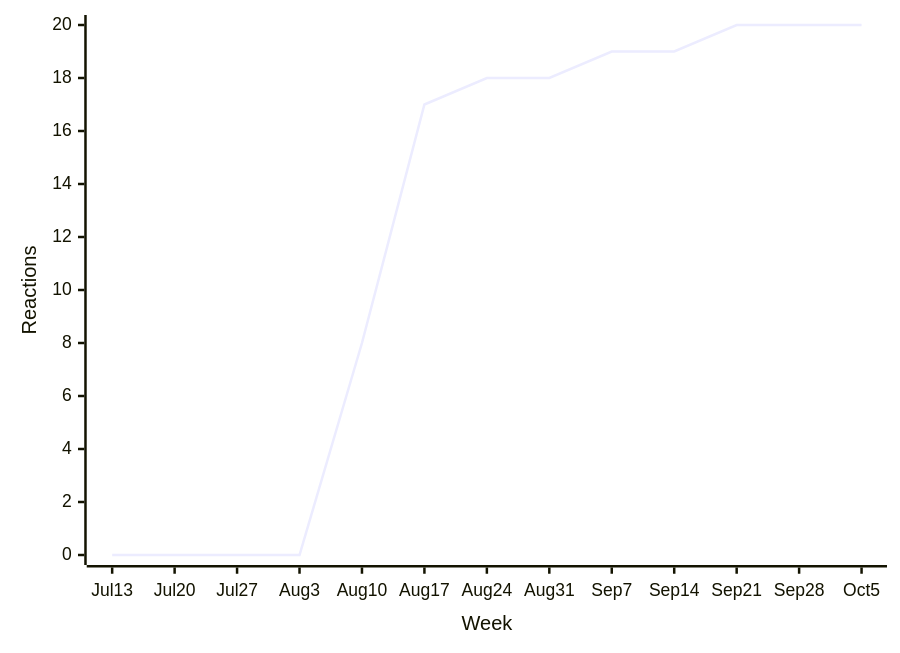
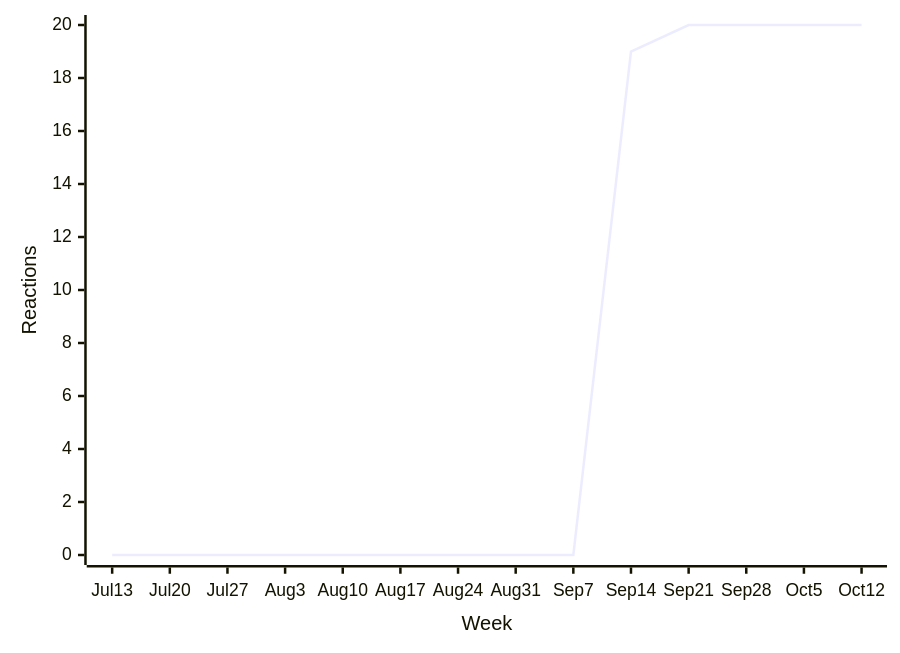
Before and after one commit to loic-sharma/github-insights: the fifth of 35 diagrams in README.md, drawn with Mermaid. The commit also changed other lines of this file and 3 other files, not shown here.

````diff
--- a/README.md
+++ b/README.md
@@ -392,6 +392,6 @@
   ```mermaid
   xychart-beta
-    x-axis "Week" [Jul 13, Jul 20, Jul 27, Aug 3, Aug 10, Aug 17, Aug 24, Aug 31, Sep 7, Sep 14, Sep 21, Sep 28, Oct 5]
+    x-axis "Week" [Jul 13, Jul 20, Jul 27, Aug 3, Aug 10, Aug 17, Aug 24, Aug 31, Sep 7, Sep 14, Sep 21, Sep 28, Oct 5, Oct 12]
     y-axis "Reactions" 0 --> 20
-    line [0, 0, 0, 0, 8, 17, 18, 18, 19, 19, 20, 20, 20]
+    line [0, 0, 0, 0, 0, 0, 0, 0, 0, 19, 20, 20, 20, 20]
   ```
````
